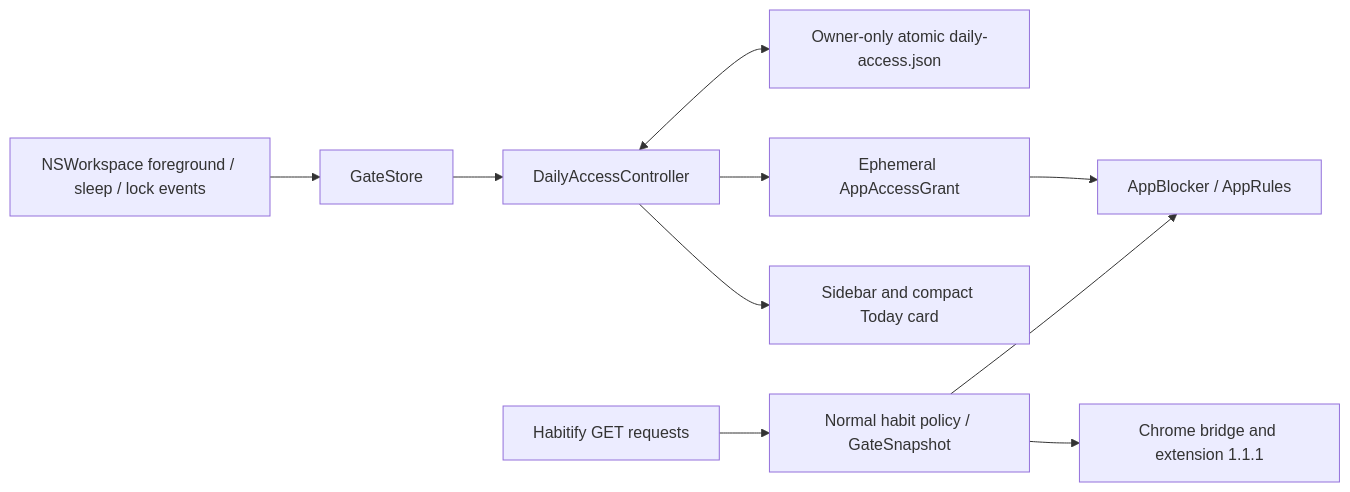
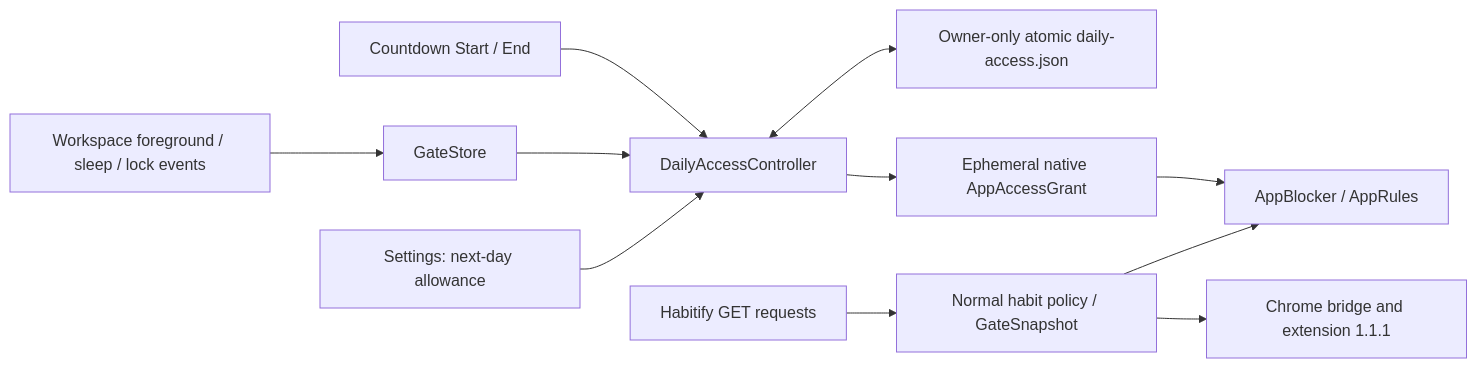
One commit to quanth238/habit-gate changed the second of 2 diagrams in docs/DAILY-ACCESS.md. Above: the diagram before and after it, drawn with Mermaid. The commit also changed other lines of this file and 18 other files, not shown here.

Commit message:
Add manual daily access controls and move allowance editing to Settings

````diff
--- a/docs/DAILY-ACCESS.md
+++ b/docs/DAILY-ACCESS.md
@@ -46,12 +54,13 @@
 ```mermaid
 flowchart LR
-    W[NSWorkspace foreground / sleep / lock events] --> S[GateStore]
-    S --> D[DailyAccessController]
+    UI[Countdown Start / End] --> D[DailyAccessController]
+    W[Workspace foreground / sleep / lock events] --> S[GateStore]
+    S --> D
     D <--> F[Owner-only atomic daily-access.json]
-    D --> G[Ephemeral AppAccessGrant]
+    D --> G[Ephemeral native AppAccessGrant]
     G --> A[AppBlocker / AppRules]
     H[Habitify GET requests] --> P[Normal habit policy / GateSnapshot]
     P --> A
     P --> B[Chrome bridge and extension 1.1.1]
-    D --> U[Sidebar and compact Today card]
+    Settings[Settings: next-day allowance] --> D
 ```
````
